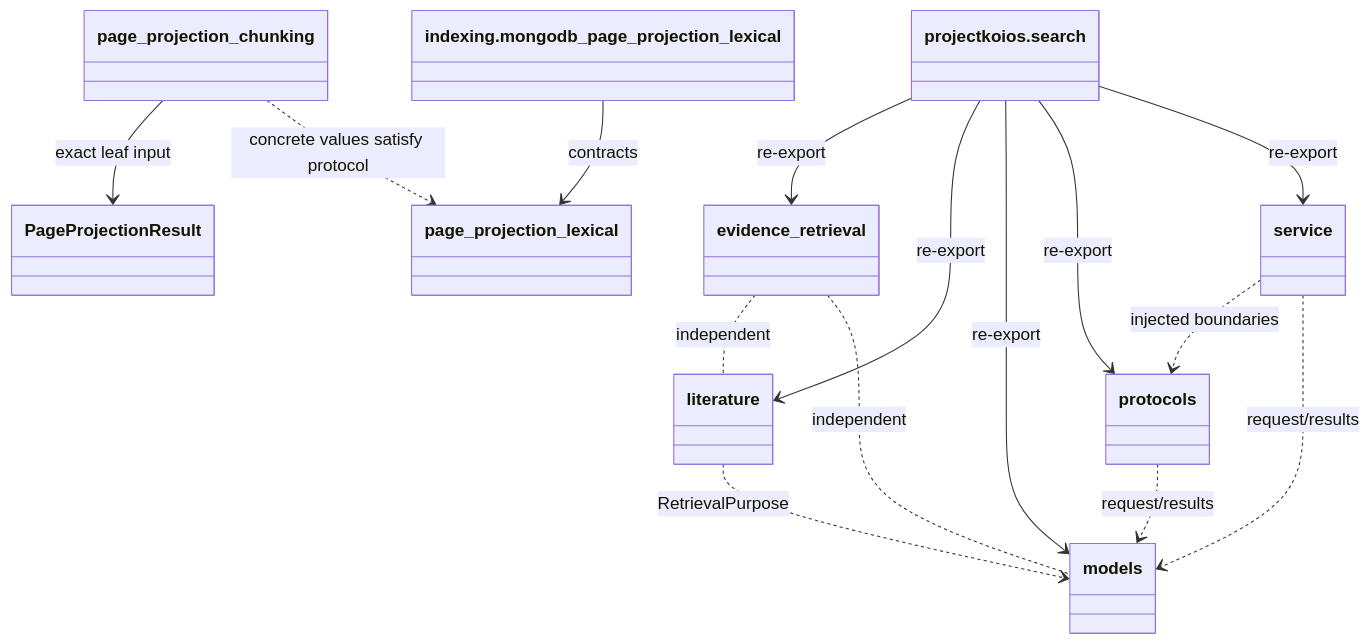
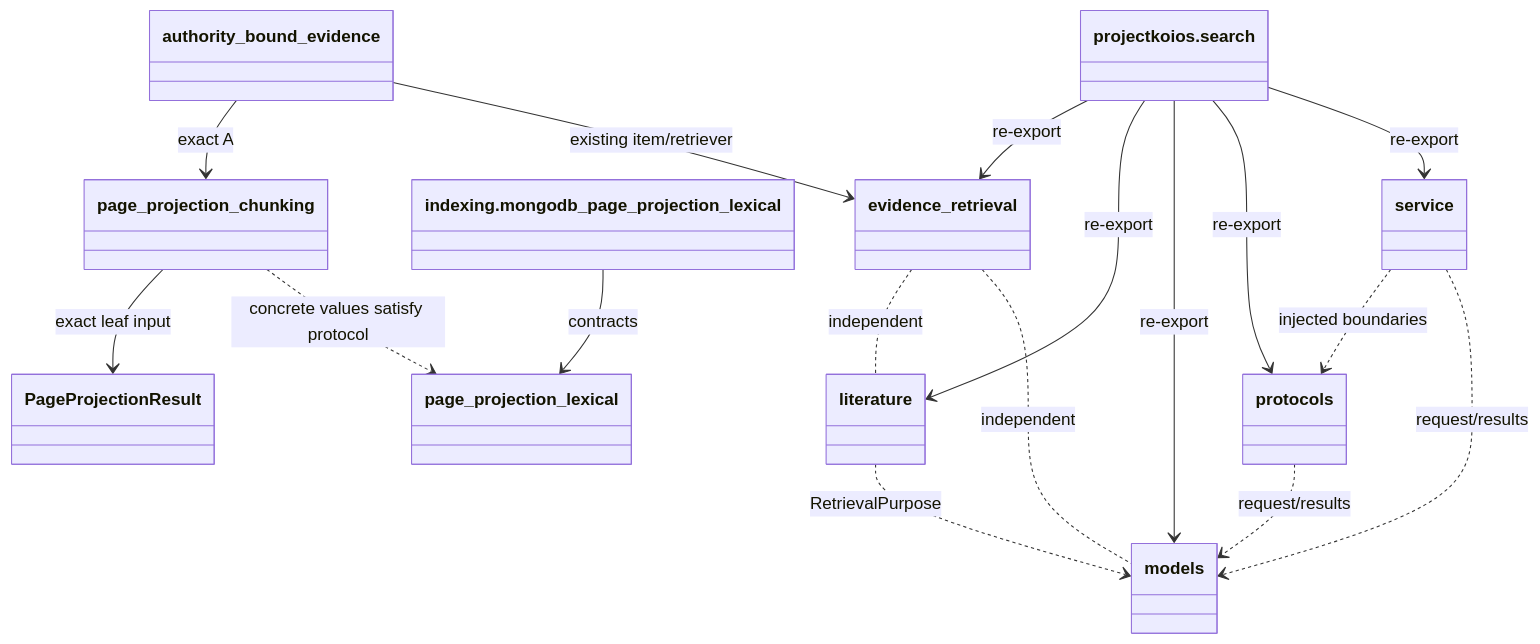
Before and after one commit to eragasa/projectkoios-search: the diagram in docs/architecture/projectkoios/search/implementation.md, drawn with Mermaid. The commit also changed other lines of this file and 23 other files, not shown here.

Commit message:
Add authority-bound authoring evidence admission

````diff
--- a/docs/architecture/projectkoios/search/implementation.md
+++ b/docs/architecture/projectkoios/search/implementation.md
@@ -10,28 +11,31 @@
 ```mermaid
 classDiagram
     class SearchFacade["projectkoios.search"]
     class PageProjectionChunkingModule["page_projection_chunking"]
     class PageProjectionResult
     class PageProjectionLexicalModule["page_projection_lexical"]
     class MongoLexicalModule["indexing.mongodb_page_projection_lexical"]
     class EvidenceRetrievalModule["evidence_retrieval"]
+    class AuthorityBoundEvidenceModule["authority_bound_evidence"]
     class LiteratureModule["literature"]
     class ModelsModule["models"]
     class ProtocolsModule["protocols"]
     class ServiceModule["service"]
 
     PageProjectionChunkingModule --> PageProjectionResult : exact leaf input
     PageProjectionChunkingModule ..> PageProjectionLexicalModule : concrete values satisfy protocol
+    AuthorityBoundEvidenceModule --> PageProjectionChunkingModule : exact A
+    AuthorityBoundEvidenceModule --> EvidenceRetrievalModule : existing item/retriever
     MongoLexicalModule --> PageProjectionLexicalModule : contracts
     SearchFacade --> EvidenceRetrievalModule : re-export
     SearchFacade --> LiteratureModule : re-export
     SearchFacade --> ModelsModule : re-export
     SearchFacade --> ProtocolsModule : re-export
     SearchFacade --> ServiceModule : re-export
     LiteratureModule ..> ModelsModule : RetrievalPurpose
     ProtocolsModule ..> ModelsModule : request/results
     ServiceModule ..> ProtocolsModule : injected boundaries
     ServiceModule ..> ModelsModule : request/results
     EvidenceRetrievalModule .. LiteratureModule : independent
     EvidenceRetrievalModule .. ModelsModule : independent
 ```
````
